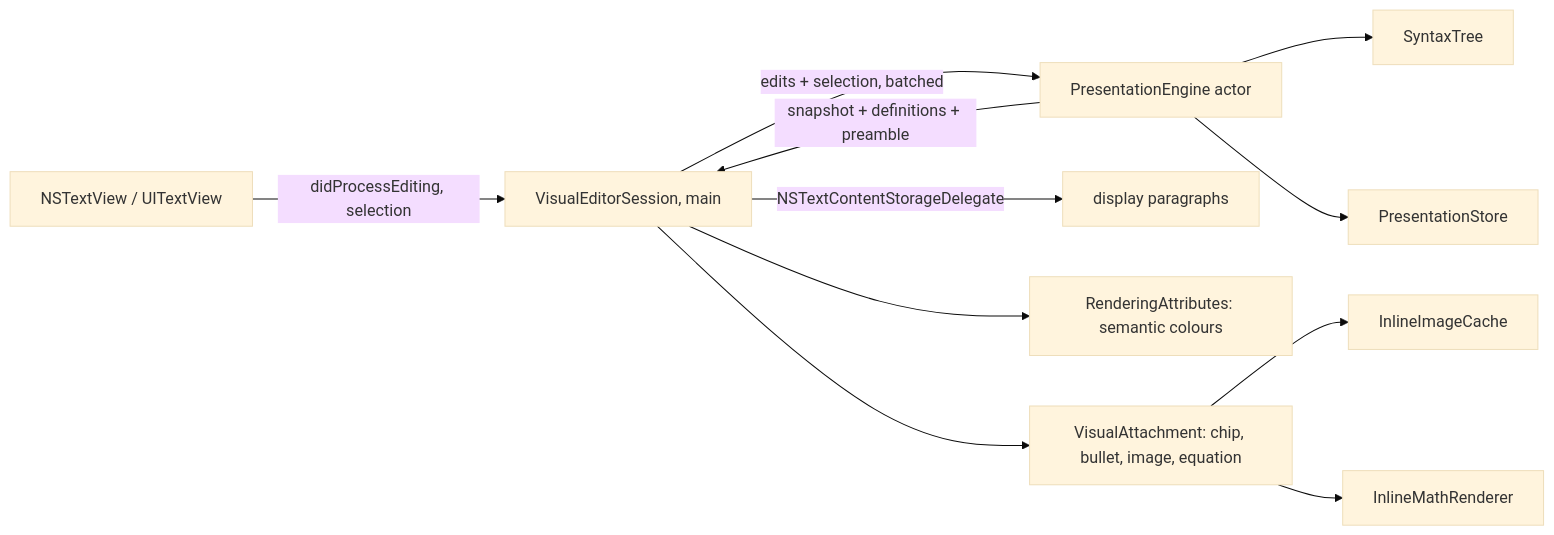
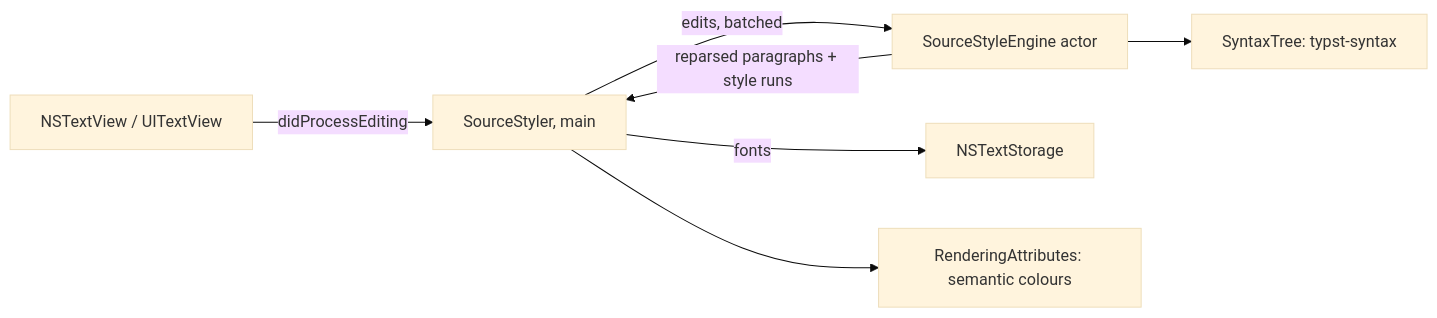
The diagram in docs/visual-editing.md (leftblank-app/leftblank), drawn with Mermaid (base theme) before and after one commit. The commit also changed other lines of this file and 63 other files, not shown here.

````diff
--- a/docs/visual-editing.md
+++ b/docs/visual-editing.md
@@ -592,11 +37,9 @@
 ```mermaid
 flowchart LR
-    View[NSTextView / UITextView] -->|didProcessEditing, selection| Session[VisualEditorSession, main]
-    Session -->|edits + selection, batched| Engine[PresentationEngine actor]
-    Engine --> Tree[SyntaxTree] & Store[PresentationStore]
-    Engine -->|snapshot + definitions + preamble| Session
-    Session -->|NSTextContentStorageDelegate| Paragraphs[display paragraphs]
-    Session --> Colors[RenderingAttributes: semantic colours]
-    Session --> Boxes[VisualAttachment: chip, bullet, image, equation]
-    Boxes --> Images[InlineImageCache] & Math[InlineMathRenderer]
+    View[NSTextView / UITextView] -->|didProcessEditing| Styler[SourceStyler, main]
+    Styler -->|edits, batched| Engine[SourceStyleEngine actor]
+    Engine --> Tree[SyntaxTree: typst-syntax]
+    Engine -->|reparsed paragraphs + style runs| Styler
+    Styler -->|fonts| Storage[NSTextStorage]
+    Styler --> Colors[RenderingAttributes: semantic colours]
 ```
````
